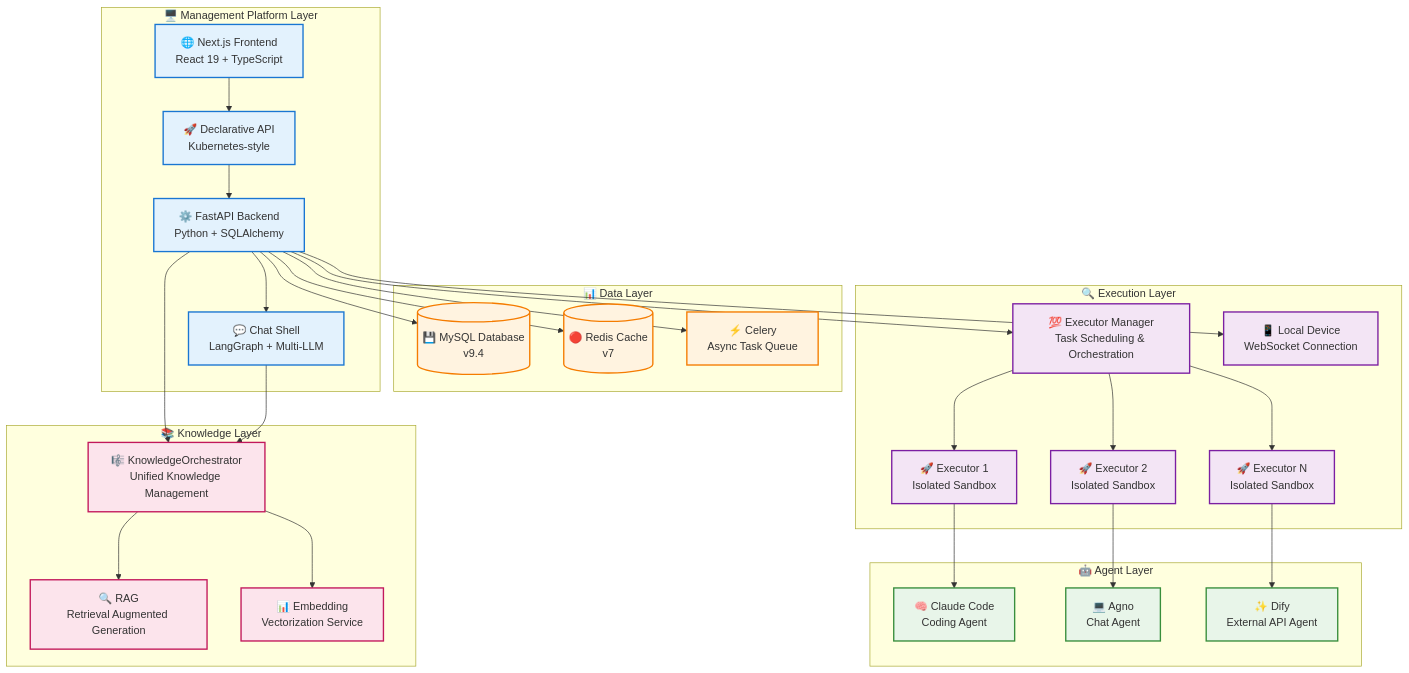
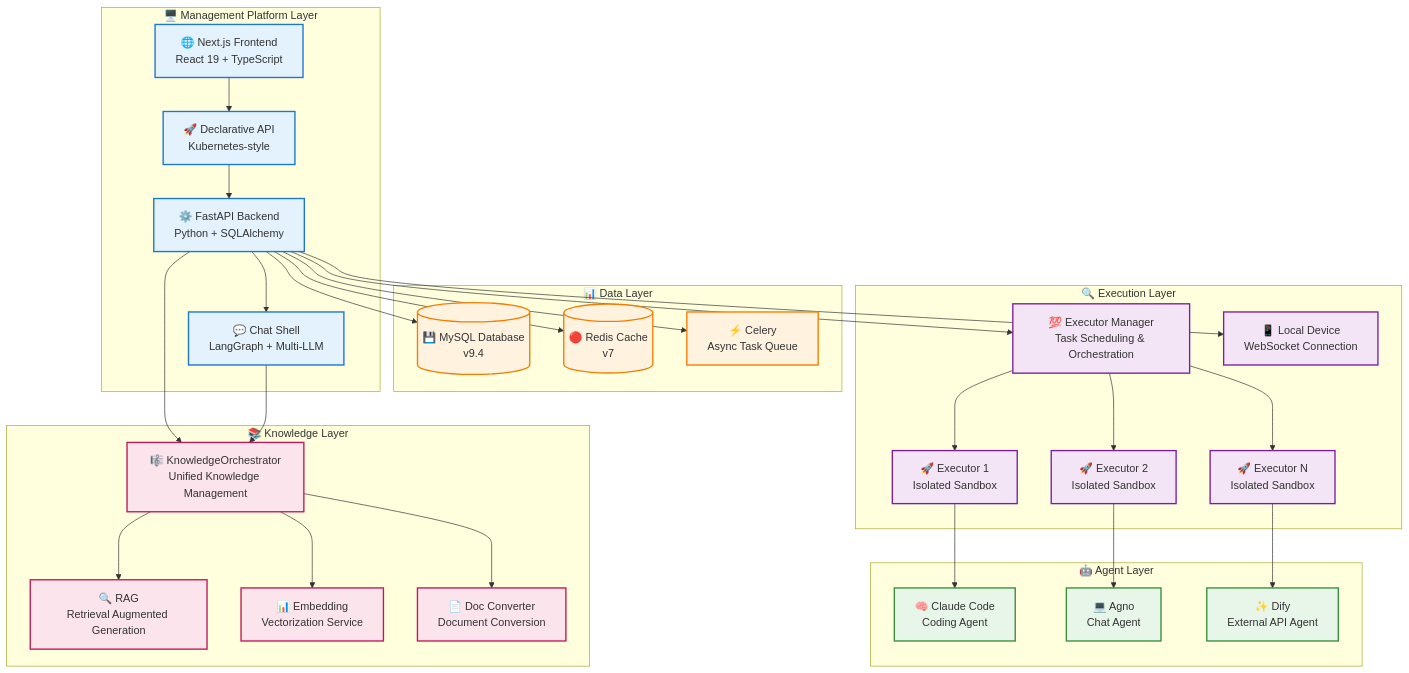
Before and after one commit to wecode-ai/Wegent: the first of 4 diagrams in docs/en/developer-guide/architecture.md, drawn with Mermaid. The commit also changed other lines of this file and 8 other files, not shown here.

First line of the commit message:
docs(knowledge): add documentation for doc converter service and pending_conversion status

````diff
--- a/docs/en/developer-guide/architecture.md
+++ b/docs/en/developer-guide/architecture.md
@@ -28,72 +28,74 @@
 ```mermaid
 graph TB
     subgraph "🖥️ Management Platform Layer"
         Frontend["🌐 Next.js Frontend<br/>React 19 + TypeScript"]
         Backend["⚙️ FastAPI Backend<br/>Python + SQLAlchemy"]
         ChatShell["💬 Chat Shell<br/>LangGraph + Multi-LLM"]
         API["🚀 Declarative API<br/>Kubernetes-style"]
     end
 
     subgraph "📊 Data Layer"
         MySQL[("💾 MySQL Database<br/>v9.4")]
         Redis[("🔴 Redis Cache<br/>v7")]
         Celery["⚡ Celery<br/>Async Task Queue"]
     end
 
     subgraph "🔍 Execution Layer"
         ExecutorManager["💯 Executor Manager<br/>Task Scheduling & Orchestration"]
         Executor1["🚀 Executor 1<br/>Isolated Sandbox"]
         Executor2["🚀 Executor 2<br/>Isolated Sandbox"]
         ExecutorN["🚀 Executor N<br/>Isolated Sandbox"]
         LocalDevice["📱 Local Device<br/>WebSocket Connection"]
     end
 
     subgraph "🤖 Agent Layer"
         Claude["🧠 Claude Code<br/>Coding Agent"]
         Agno["💻 Agno<br/>Chat Agent"]
         Dify["✨ Dify<br/>External API Agent"]
     end
 
     subgraph "📚 Knowledge Layer"
         KnowledgeOrch["🎼 KnowledgeOrchestrator<br/>Unified Knowledge Management"]
         RAG["🔍 RAG<br/>Retrieval Augmented Generation"]
         Embedding["📊 Embedding<br/>Vectorization Service"]
+        DocConverter["📄 Doc Converter<br/>Document Conversion"]
     end
 
     %% System Interactions
     Frontend --> API
     API --> Backend
     Backend --> ChatShell
     Backend --> MySQL
     Backend --> Redis
     Backend --> Celery
     Backend --> ExecutorManager
     Backend --> KnowledgeOrch
     ExecutorManager --> Executor1
     ExecutorManager --> Executor2
     ExecutorManager --> ExecutorN
     Backend --> LocalDevice
 
     %% AI Program Integration
     Executor1 --> Claude
     Executor2 --> Agno
     ExecutorN --> Dify
 
     %% Knowledge Layer Integration
     KnowledgeOrch --> RAG
     KnowledgeOrch --> Embedding
+    KnowledgeOrch --> DocConverter
     ChatShell --> KnowledgeOrch
 
     %% Styling
     classDef platform fill:#e3f2fd,stroke:#1976d2,stroke-width:2px
     classDef data fill:#fff3e0,stroke:#f57c00,stroke-width:2px
     classDef execution fill:#f3e5f5,stroke:#7b1fa2,stroke-width:2px
     classDef agent fill:#e8f5e9,stroke:#388e3c,stroke-width:2px
     classDef knowledge fill:#fce4ec,stroke:#c2185b,stroke-width:2px
 
     class Frontend,Backend,ChatShell,API platform
     class MySQL,Redis,Celery data
     class ExecutorManager,Executor1,Executor2,ExecutorN,LocalDevice execution
     class Claude,Agno,Dify agent
-    class KnowledgeOrch,RAG,Embedding knowledge
+    class KnowledgeOrch,RAG,Embedding,DocConverter knowledge
 ```
````
